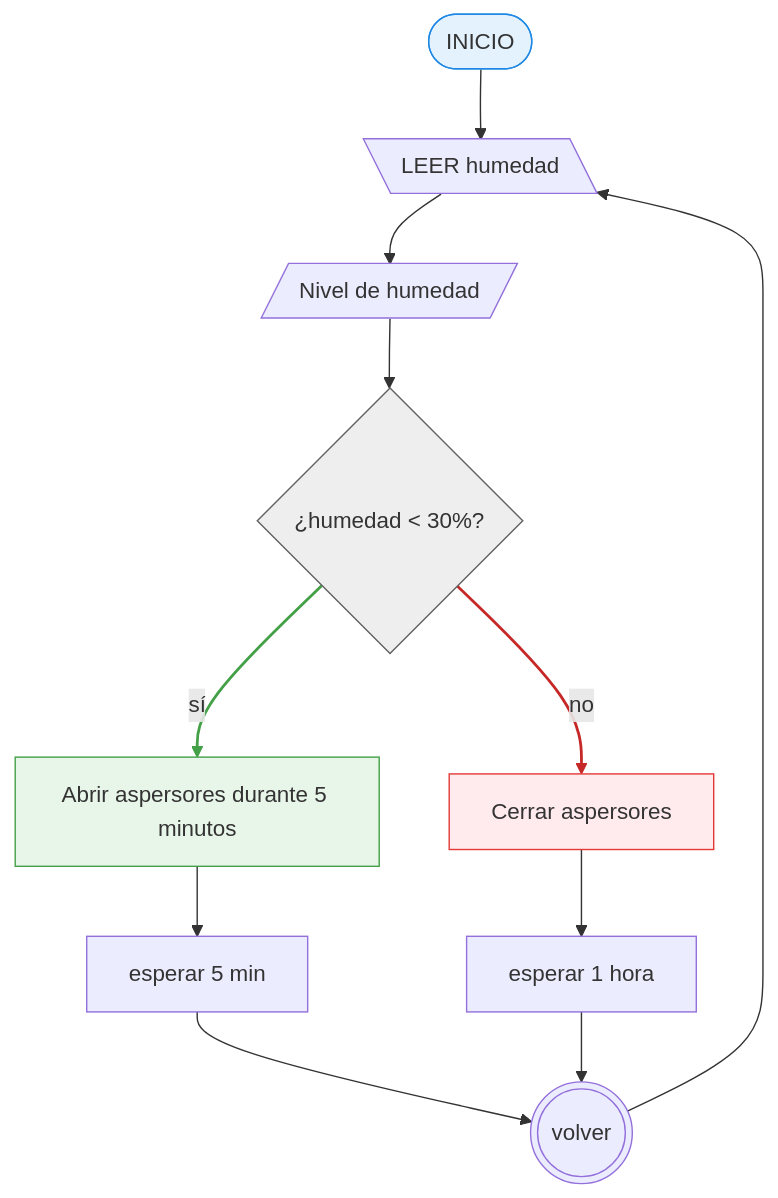
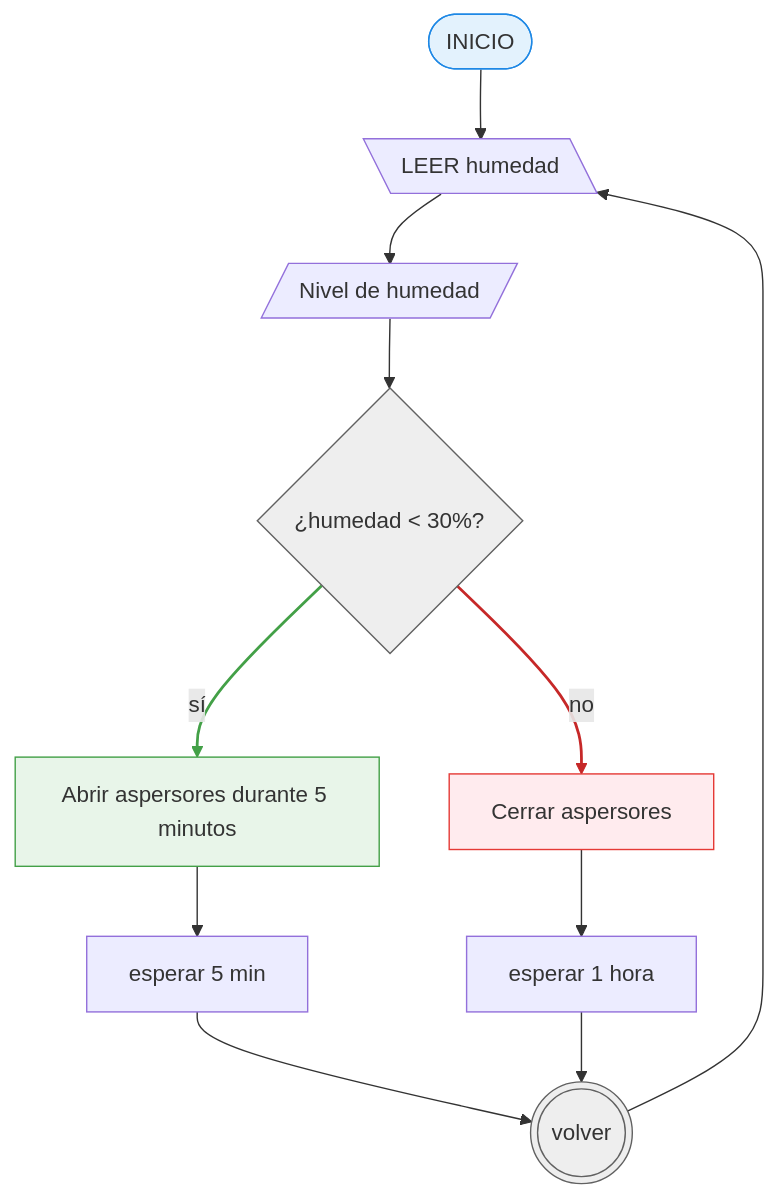
The third of 3 diagrams in content/actividad/16-marzo-2026.md (AlexJYad/F5-web-knowledge), drawn with Mermaid before and after one commit.

Commit message:
fix: activ: 16/03 n3

````diff
--- a/content/actividad/16-marzo-2026.md
+++ b/content/actividad/16-marzo-2026.md
@@ -166,27 +166,27 @@
 ```mermaid
 flowchart TB
    A([INICIO])
 
    A --> B
    B[\LEER humedad\] --> C[/Nivel de humedad/] --> S0{¿humedad < 30%?}
    S0 --> |sí| S0s
    S0 --> |no| S0n
    S0s[Abrir aspersores durante 5 minutos] --> D0[esperar 5 min] --> F(((volver)))
    S0n[Cerrar aspersores] --> D1[esperar 1 hora] --> F
    F --> B
 
    classDef InFin fill:#e3f2fd,stroke:#1e88e5,stroke-width:1px
    classDef SI fill:#e8f5e9,stroke:#43a047,stroke-width:1px
    classDef OR fill:#ffe0b2,stroke:#fb8c00,stroke-width:1px
    classDef NO fill:#fff8e1,stroke:#f9a825,stroke-width:1px
    classDef error fill:#ffebee,stroke:#e53935,stroke-width:1px
    classDef decision fill:#eeeeee,stroke:#616161,stroke-width:1px
 
    class A InFin
-   class S0 decision
+   class S0,F decision
    class S0n error
    class S0s SI
 
    linkStyle 4 stroke:#c62828,stroke-width:2px
    linkStyle 3 stroke:#43a047,stroke-width:2px
 ```
````
